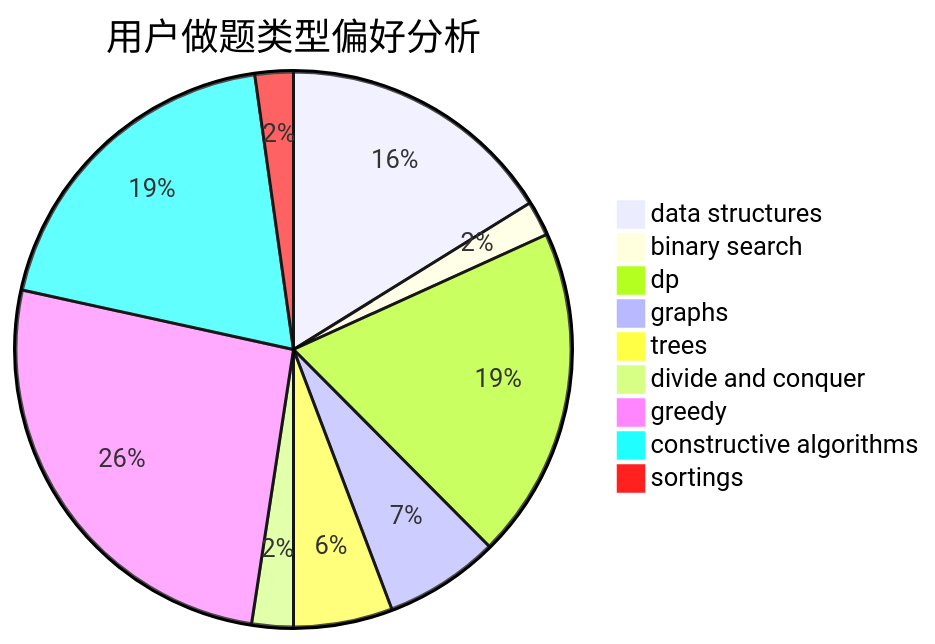
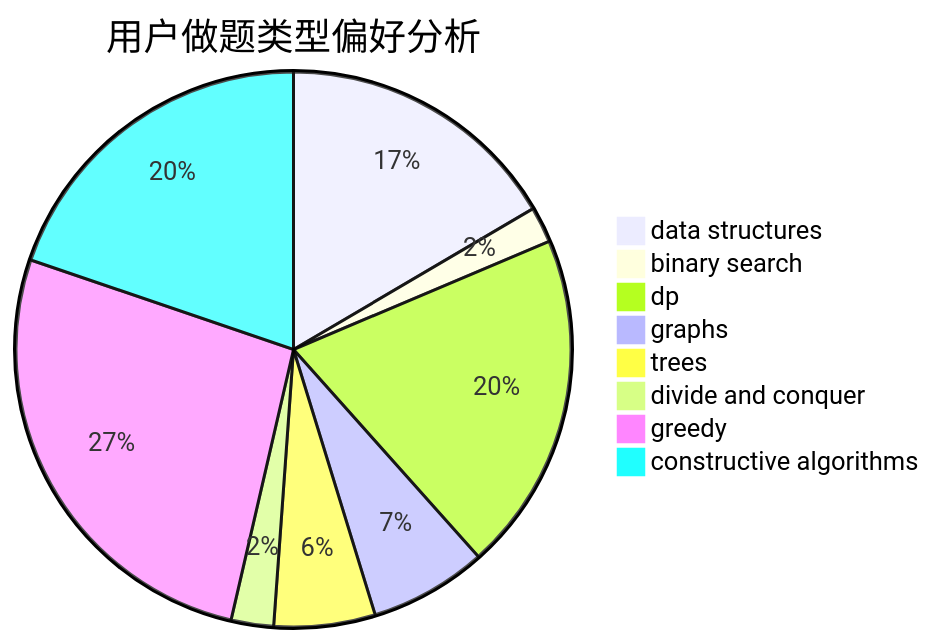
One commit to sherpahu/cfrs.github.io changed the second of 3 diagrams in docs/user/u363.md. Above: the diagram before and after it, drawn with Mermaid. The commit also changed other lines of this file and 2769 other files, not shown here.

````diff
--- a/docs/user/u363.md
+++ b/docs/user/u363.md
@@ -18,12 +18,11 @@
 ```mermaid
 pie title 用户做题类型偏好分析
     "data structures" :  87
     "binary search" :  11
     "dp" :  104
     "graphs" :  36
     "trees" :  31
     "divide and conquer" :  13
     "greedy" :  140
     "constructive algorithms" :  104
-    "sortings" :  12
 ```
````
